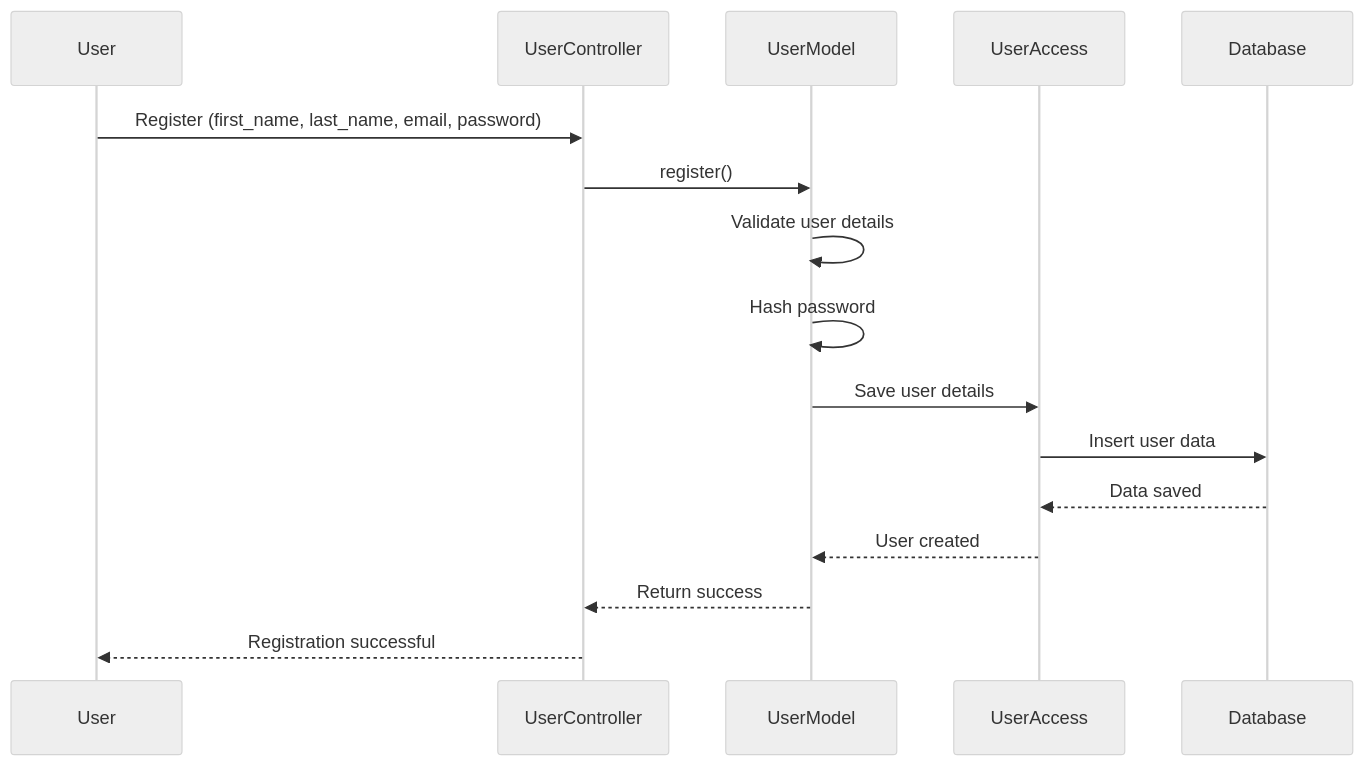
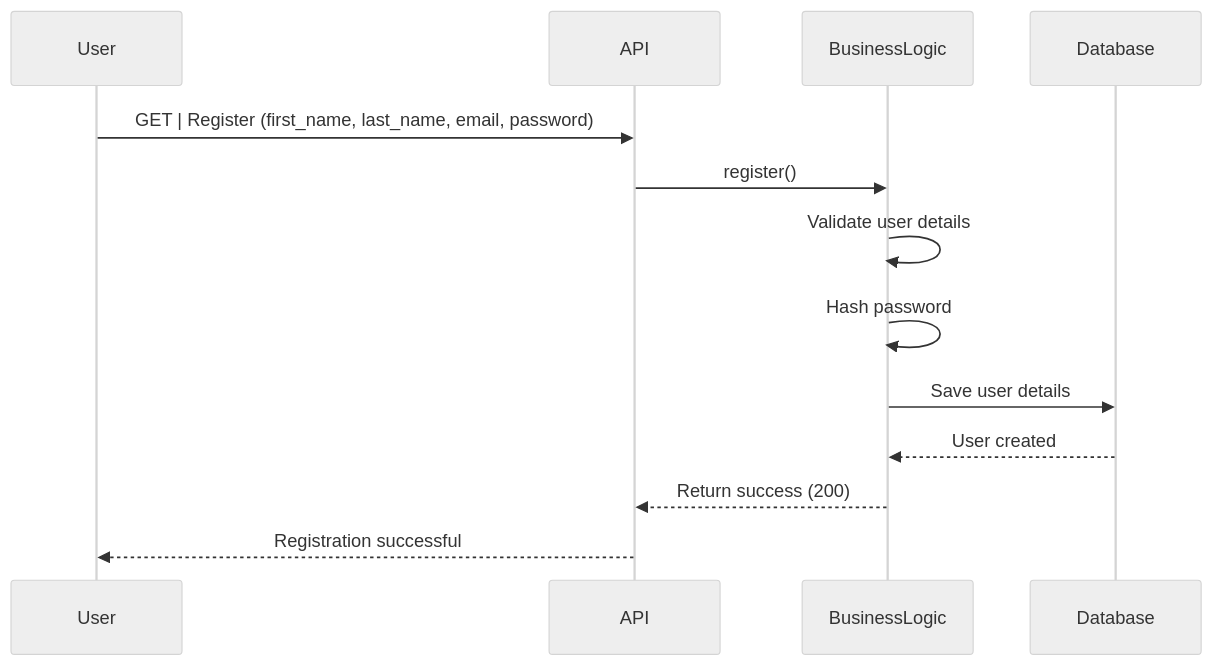
Before and after one commit to melvinredondotanis/holbertonschool-hbnb: the diagram in diagrams/sequence/register.mmd, drawn with Mermaid (neutral theme).

```diff
--- a/diagrams/sequence/register.mmd
+++ b/diagrams/sequence/register.mmd
@@ -1,17 +1,14 @@
 sequenceDiagram
     participant User
-    participant UserController
-    participant UserModel
-    participant UserAccess
+    participant API
+    participant BusinessLogic
     participant Database
 
-    User->>UserController: Register (first_name, last_name, email, password)
-    UserController->>UserModel: register()
-    UserModel->>UserModel: Validate user details
-    UserModel->>UserModel: Hash password
-    UserModel->>UserAccess: Save user details
-    UserAccess->>Database: Insert user data
-    Database-->>UserAccess: Data saved
-    UserAccess-->>UserModel: User created
-    UserModel-->>UserController: Return success
-    UserController-->>User: Registration successful
+    User->>API: GET | Register (first_name, last_name, email, password)
+    API->>BusinessLogic: register()
+    BusinessLogic->>BusinessLogic: Validate user details
+    BusinessLogic->>BusinessLogic: Hash password
+    BusinessLogic->>Database: Save user details
+    Database-->>BusinessLogic: User created
+    BusinessLogic-->>API: Return success (200)
+    API-->>User: Registration successful
```
